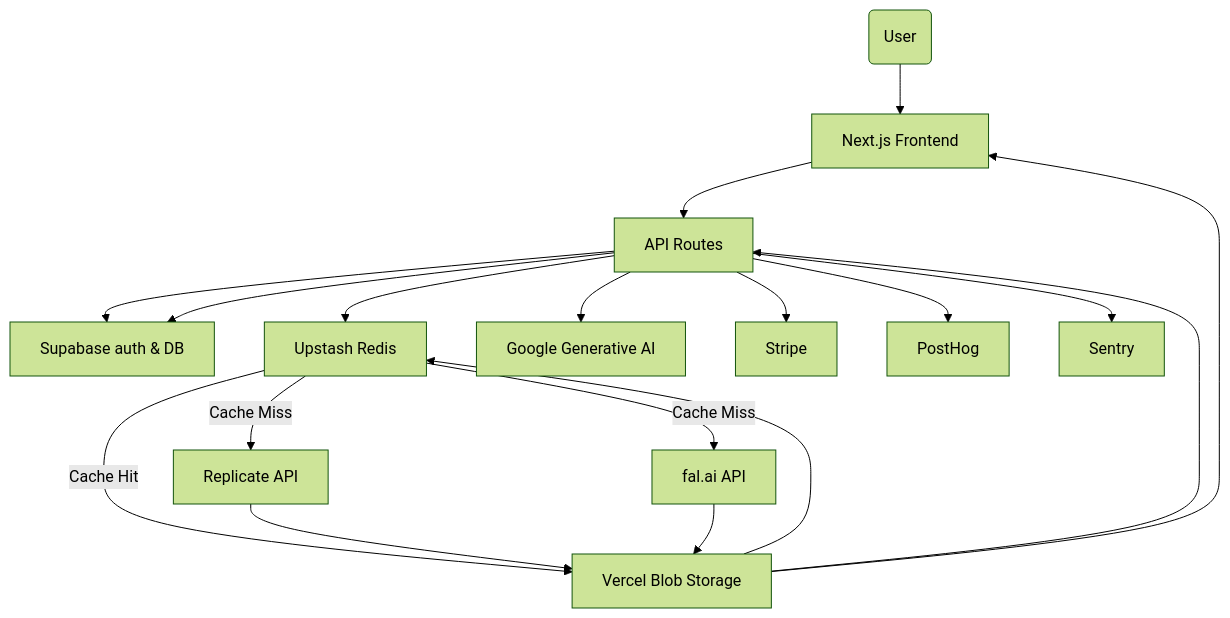
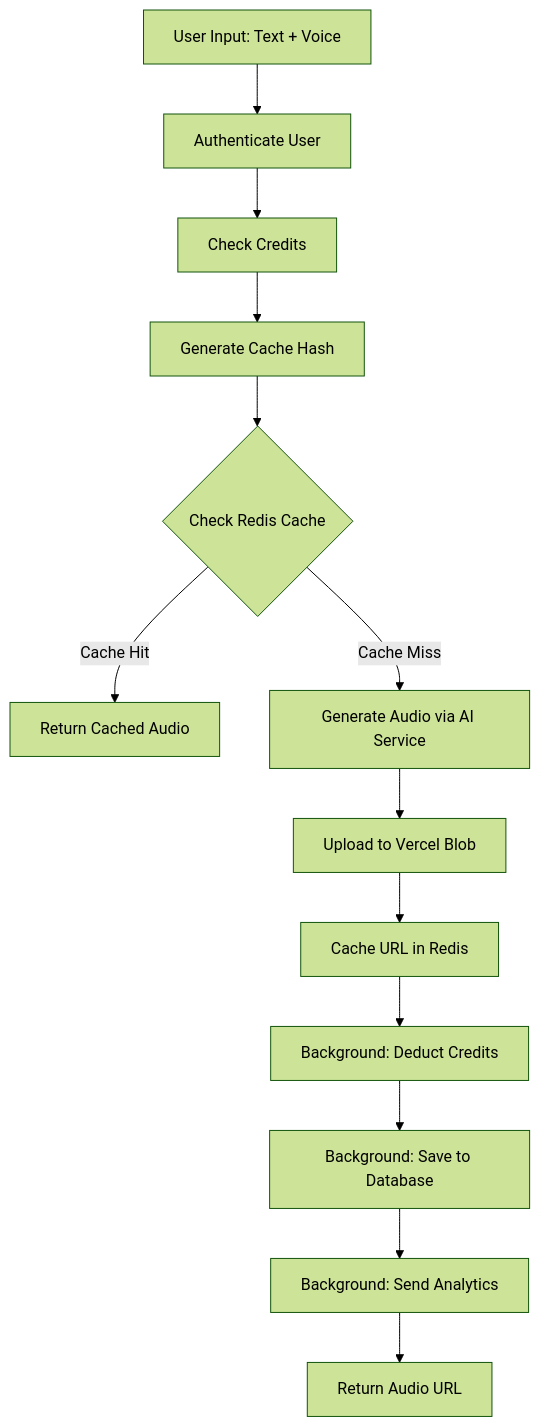
Before and after one commit to gianpaj/sexyvoice: the first of 2 diagrams in ARCHITECTURE.md, drawn with Mermaid (forest theme). The commit also changed other lines of this file, not shown here.

Commit message:
docs: update ARCHITECTURE.md to include voice cloning flow diagram [skip ci]

````diff
--- a/ARCHITECTURE.md
+++ b/ARCHITECTURE.md
@@ -20,33 +30,15 @@
 ```mermaid
 flowchart TD
-    user(User)
-    client[Next.js Frontend]
-    api[API Routes]
-    supabase[Supabase auth & DB]
-    redis[Upstash Redis]
-    replicate[Replicate API]
-    fal[fal.ai API]
-    googleai[Google Generative AI]
-    blob[Vercel Blob Storage]
-    stripe[Stripe]
-    posthog[PostHog]
-    sentry[Sentry]
-
-    user --> client
-    client --> api
-    api --> supabase
-    api --> redis
-    redis -->|Cache Hit| blob
-    redis -->|Cache Miss| replicate
-    redis -->|Cache Miss| fal
-    api --> googleai
-    replicate --> blob
-    fal --> blob
-    blob --> redis
-    blob --> api
-    api --> stripe
-    api --> posthog
-    api --> sentry
-    api --> supabase
-    blob --> client
+    A[User Input: Text + Voice] --> B[Authenticate User]
+    B --> C[Check Credits]
+    C --> D[Generate Cache Hash]
+    D --> E{Check Redis Cache}
+    E -->|Cache Hit| F[Return Cached Audio]
+    E -->|Cache Miss| G[Generate Audio via AI Service]
+    G --> H[Upload to Vercel Blob]
+    H --> I[Cache URL in Redis]
+    I --> J[Background: Deduct Credits]
+    J --> K[Background: Save to Database]
+    K --> L[Background: Send Analytics]
+    L --> M[Return Audio URL]
 ```
````
